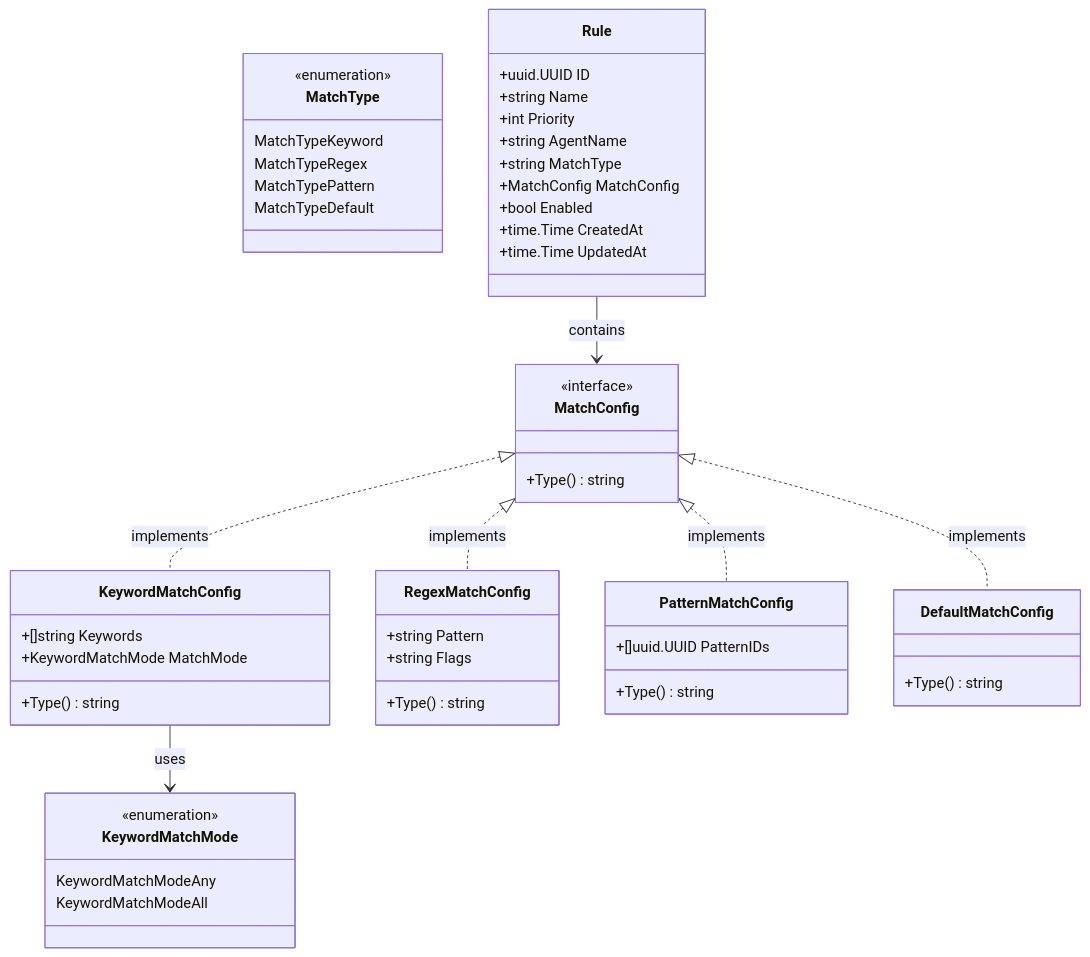
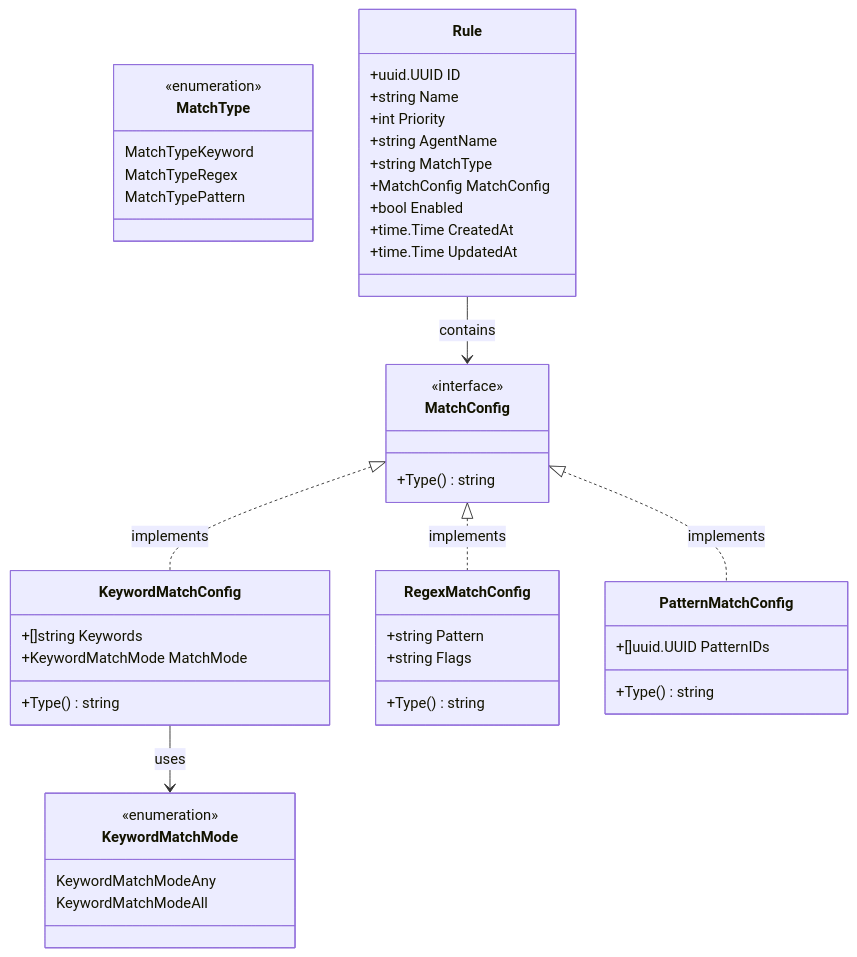
The fourth of 18 diagrams in docs/design/routing-engine.md (twistingmercury/mnemonic-mcp), drawn with Mermaid before and after one commit. The commit also changed other lines of this file and 26 other files, not shown here.

````diff
--- a/docs/design/routing-engine.md
+++ b/docs/design/routing-engine.md
@@ -230,61 +223,55 @@
 ```mermaid
 classDiagram
     class MatchType {
         <<enumeration>>
         MatchTypeKeyword
         MatchTypeRegex
         MatchTypePattern
-        MatchTypeDefault
     }
 
     class Rule {
         +uuid.UUID ID
         +string Name
         +int Priority
         +string AgentName
         +string MatchType
         +MatchConfig MatchConfig
         +bool Enabled
         +time.Time CreatedAt
         +time.Time UpdatedAt
     }
 
     class MatchConfig {
         <<interface>>
         +Type() string
     }
 
     class KeywordMatchConfig {
         +[]string Keywords
         +KeywordMatchMode MatchMode
         +Type() string
     }
 
     class KeywordMatchMode {
         <<enumeration>>
         KeywordMatchModeAny
         KeywordMatchModeAll
     }
 
     class RegexMatchConfig {
         +string Pattern
         +string Flags
         +Type() string
     }
 
     class PatternMatchConfig {
         +[]uuid.UUID PatternIDs
         +Type() string
     }
 
-    class DefaultMatchConfig {
-        +Type() string
-    }
-
     Rule --> MatchConfig : contains
     MatchConfig <|.. KeywordMatchConfig : implements
     MatchConfig <|.. RegexMatchConfig : implements
     MatchConfig <|.. PatternMatchConfig : implements
-    MatchConfig <|.. DefaultMatchConfig : implements
     KeywordMatchConfig --> KeywordMatchMode : uses
 ```
````
